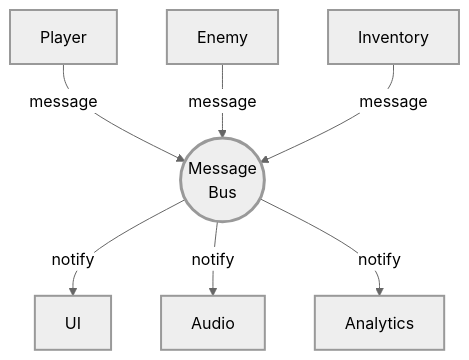
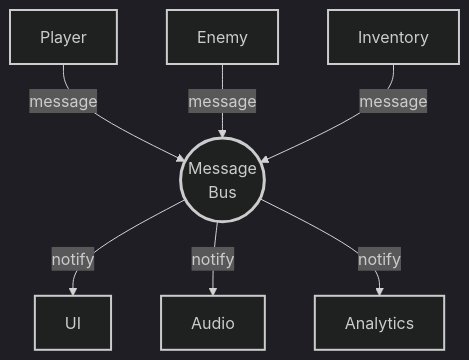
One commit to wallstop/DxMessaging changed the second of 7 diagrams in docs/getting-started/visual-guide.md. Above: the diagram before and after it, drawn with Mermaid. The commit also changed other lines of this file and 24 other files, not shown here.

Commit message:
Mermaid overhaul, change most test assemblies to be editor

````diff
--- a/docs/getting-started/visual-guide.md
+++ b/docs/getting-started/visual-guide.md
@@ -38,26 +38,26 @@
 ```mermaid
-%%{init: {'theme': 'neutral'}}%%
-graph TB
+%%{init: {'theme': 'dark'}}%%
+flowchart TB
     Player[Player]
     Enemy[Enemy]
     Inventory[Inventory]
     Bus((Message<br/>Bus))
     UI[UI]
     Audio[Audio]
     Analytics[Analytics]
 
     Player -->|message| Bus
     Enemy -->|message| Bus
     Inventory -->|message| Bus
 
     Bus -->|notify| UI
     Bus -->|notify| Audio
     Bus -->|notify| Analytics
 
     classDef primary stroke-width:2px
     class Player,Enemy,Inventory primary
     classDef warning stroke-width:3px
     class Bus warning
     classDef success stroke-width:2px
     class UI,Audio,Analytics success
 ```
````
